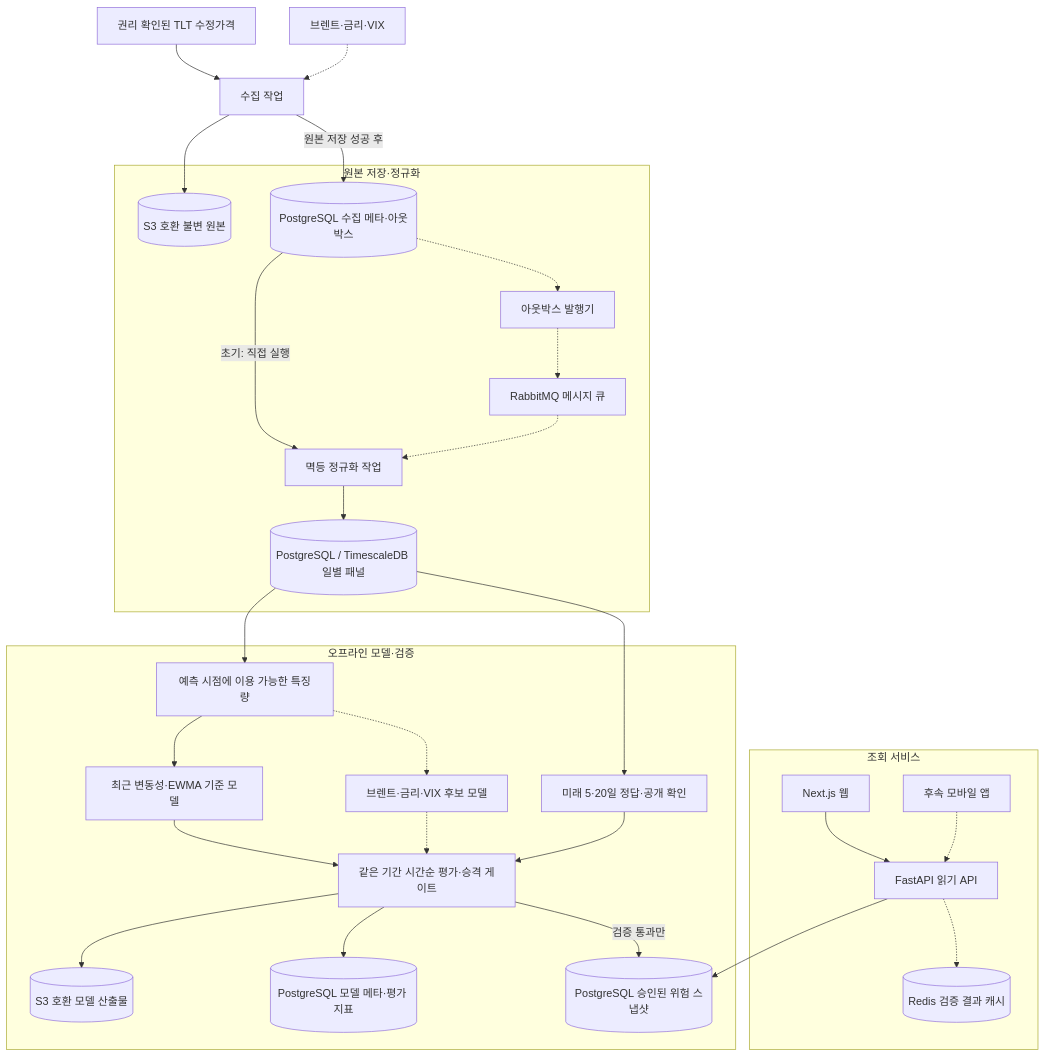
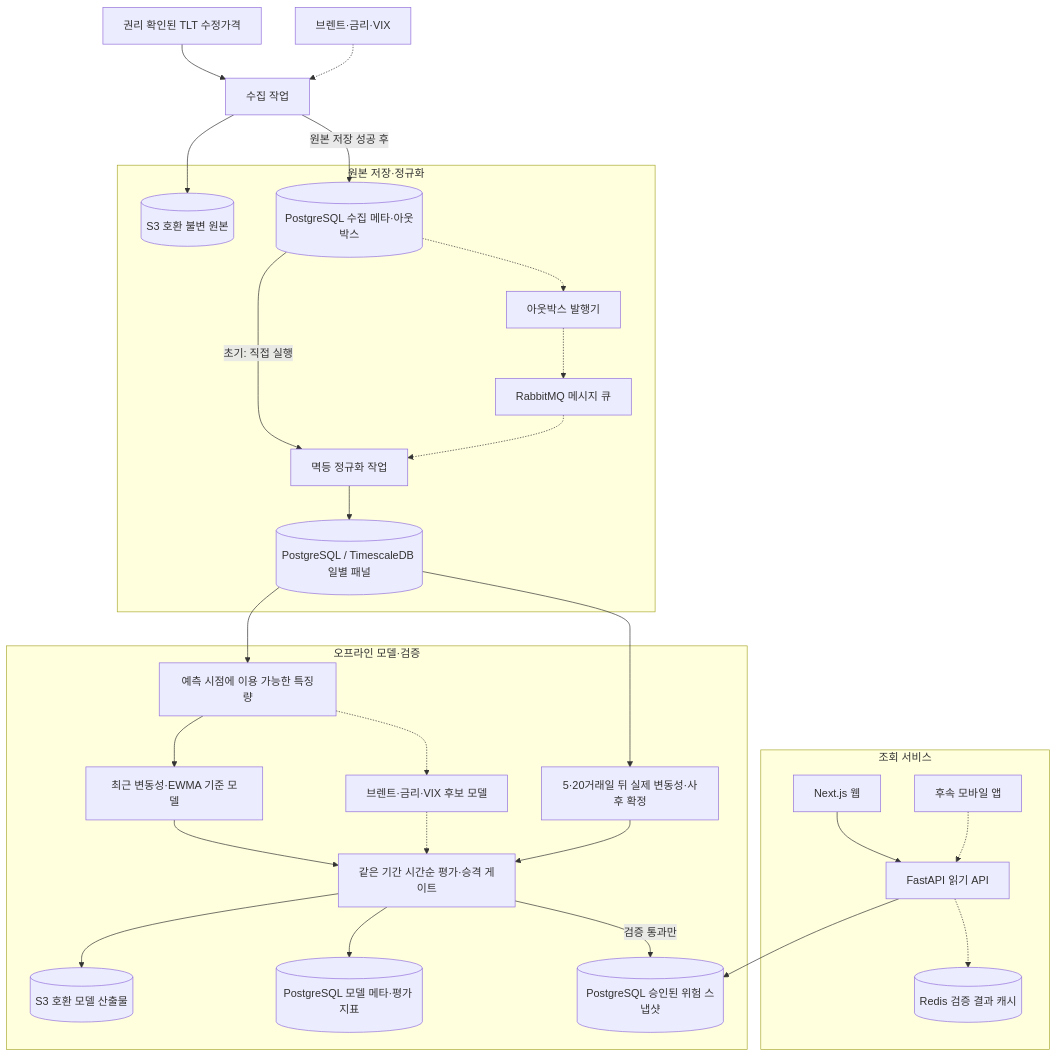
Before and after one commit to AnDev77/ShockGarph_AI: the first of 2 diagrams in docs/architecture.md, drawn with Mermaid. The commit also changed other lines of this file and 2 other files, not shown here.

````diff
--- a/docs/architecture.md
+++ b/docs/architecture.md
@@ -12,51 +12,51 @@
 ```mermaid
 flowchart TB
     S["권리 확인된 TLT 수정가격"] --> C["수집 작업"]
     O["브렌트·금리·VIX"] -.-> C
 
     subgraph DATA["원본 저장·정규화"]
         RAW[("S3 호환 불변 원본")]
         META[("PostgreSQL 수집 메타·아웃박스")]
         PUB["아웃박스 발행기"]
         MQ["RabbitMQ 메시지 큐"]
         N["멱등 정규화 작업"]
         PANEL[("PostgreSQL / TimescaleDB 일별 패널")]
     end
     C --> RAW
     C -->|원본 저장 성공 후| META
     META -->|초기: 직접 실행| N
     META -.-> PUB
     PUB -.-> MQ
     MQ -.-> N
     N --> PANEL
 
     subgraph MODEL["오프라인 모델·검증"]
         F["예측 시점에 이용 가능한 특징량"]
-        L["미래 5·20일 정답·공개 확인"]
+        L["5·20거래일 뒤 실제 변동성·사후 확정"]
         B["최근 변동성·EWMA 기준 모델"]
         M["브렌트·금리·VIX 후보 모델"]
         E["같은 기간 시간순 평가·승격 게이트"]
         ART[("S3 호환 모델 산출물")]
         REG[("PostgreSQL 모델 메타·평가 지표")]
         SNAP[("PostgreSQL 승인된 위험 스냅샷")]
     end
     PANEL --> F
     PANEL --> L
     F --> B --> E
     F -.-> M -.-> E
     L --> E
     E --> ART
     E --> REG
     E -->|검증 통과만| SNAP
 
     subgraph SERVE["조회 서비스"]
         WEB["Next.js 웹"]
         APP["후속 모바일 앱"]
         API["FastAPI 읽기 API"]
         CACHE[("Redis 검증 결과 캐시")]
     end
     WEB --> API
     APP -.-> API
     API --> SNAP
     API -.-> CACHE
 ```
````
